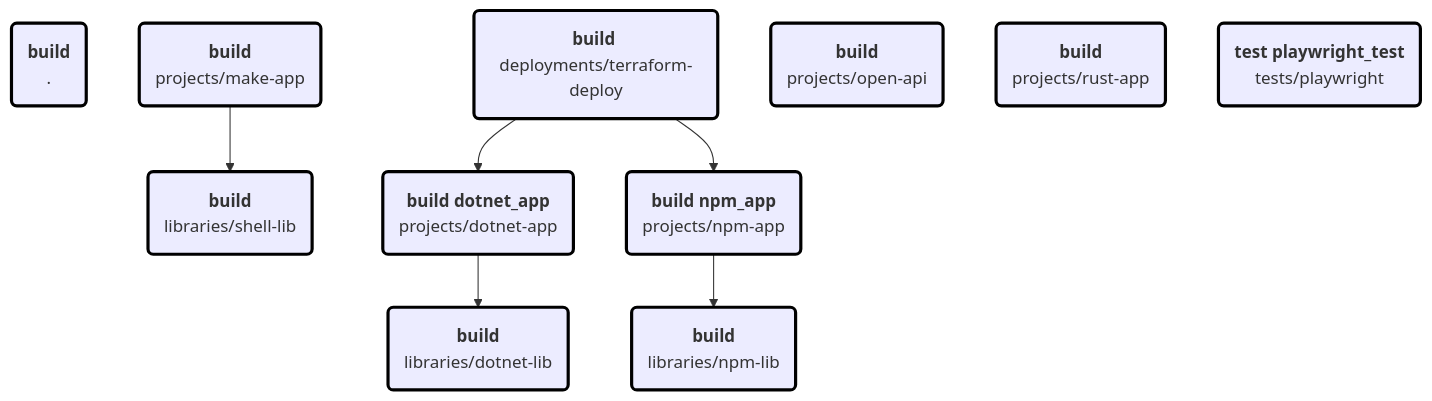
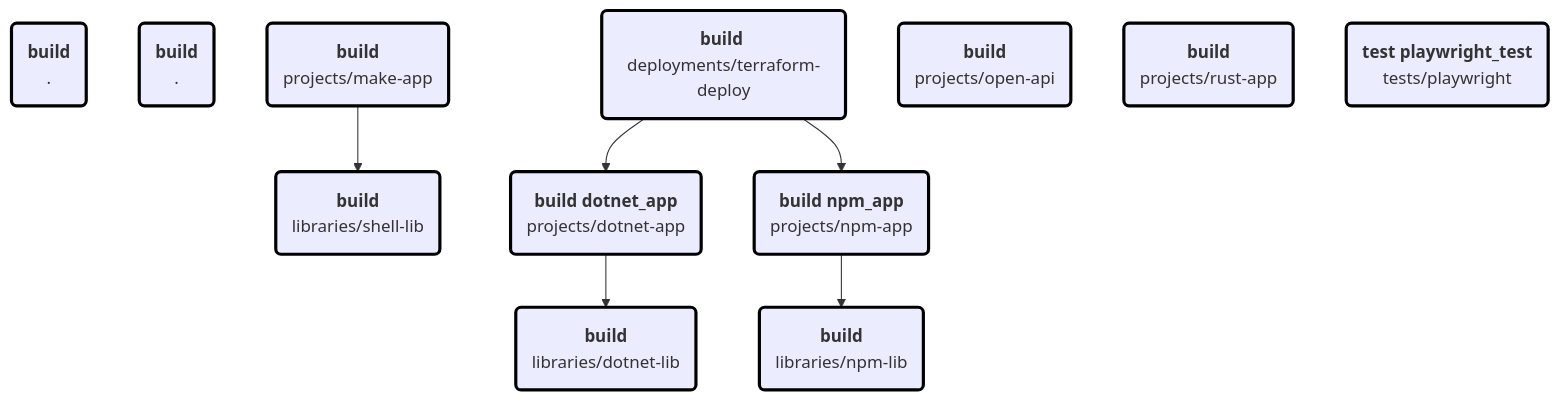
One commit to MagnusOpera/terrabuild changed the diagram in tests/simple/results/terrabuild-debug.info.md. Above: the diagram before and after it, drawn with Mermaid. The commit also changed 6 other files, not shown here.

````diff
--- a/tests/simple/results/terrabuild-debug.info.md
+++ b/tests/simple/results/terrabuild-debug.info.md
@@ -14,44 +14,47 @@
 ```mermaid
 flowchart TD
 classDef build stroke:red,stroke-width:3px
 classDef restore stroke:orange,stroke-width:3px
 classDef ignore stroke:black,stroke-width:3px
 76E6F8566C567ED61454D9A9EC6ED7D096DBD92DDB5CAD796F9B7EB5EB3595C6("<b>build</b> 
+.")
+E26E627E00DC63984574A9CFAD93DBAC058522CE652BB3DC444648A748AB900A("<b>build</b> 
 .")
 deployments/terraform-deploy:build("<b>build</b> 
 deployments/terraform-deploy")
 libraries/dotnet-lib:build("<b>build</b> 
 libraries/dotnet-lib")
 libraries/npm-lib:build("<b>build</b> 
 libraries/npm-lib")
 libraries/shell-lib:build("<b>build</b> 
 libraries/shell-lib")
 projects/dotnet-app:build("<b>build dotnet_app</b> 
 projects/dotnet-app")
 projects/make-app:build("<b>build</b> 
 projects/make-app")
 projects/npm-app:build("<b>build npm_app</b> 
 projects/npm-app")
 projects/open-api:build("<b>build</b> 
 projects/open-api")
 projects/rust-app:build("<b>build</b> 
 projects/rust-app")
 tests/playwright:test("<b>test playwright_test</b> 
 tests/playwright")
 class 76E6F8566C567ED61454D9A9EC6ED7D096DBD92DDB5CAD796F9B7EB5EB3595C6 ignore
+class E26E627E00DC63984574A9CFAD93DBAC058522CE652BB3DC444648A748AB900A ignore
 deployments/terraform-deploy:build --> projects/dotnet-app:build
 deployments/terraform-deploy:build --> projects/npm-app:build
 class deployments/terraform-deploy:build ignore
 class libraries/dotnet-lib:build ignore
 class libraries/npm-lib:build ignore
 class libraries/shell-lib:build ignore
 projects/dotnet-app:build --> libraries/dotnet-lib:build
 class projects/dotnet-app:build ignore
 projects/make-app:build --> libraries/shell-lib:build
 class projects/make-app:build ignore
 projects/npm-app:build --> libraries/npm-lib:build
 class projects/npm-app:build ignore
 class projects/open-api:build ignore
 class projects/rust-app:build ignore
 class tests/playwright:test ignore
 ```
````
